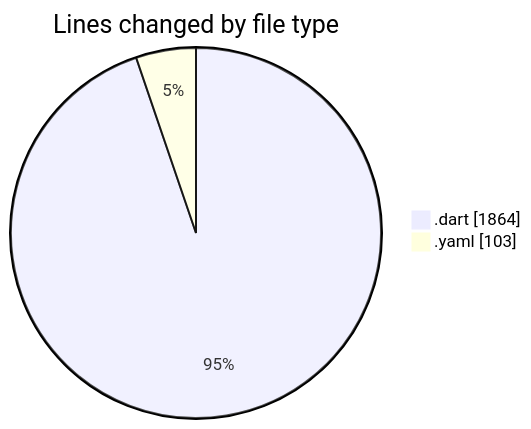
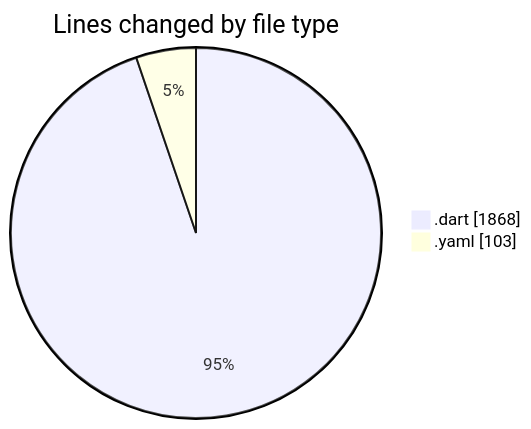
One commit to donsfak/code-tracking changed the first of 2 diagrams in 2025-02-25/trackers_app/README.md. Above: the diagram before and after it, drawn with Mermaid. The commit also changed other lines of this file and 1 other file, not shown here.

````diff
--- a/2025-02-25/trackers_app/README.md
+++ b/2025-02-25/trackers_app/README.md
@@ -31,6 +31,6 @@
 ```mermaid
 pie showData
 title Lines changed by file type
-".dart" : 1864
+".dart" : 1868
 ".yaml" : 103
 ```
````
